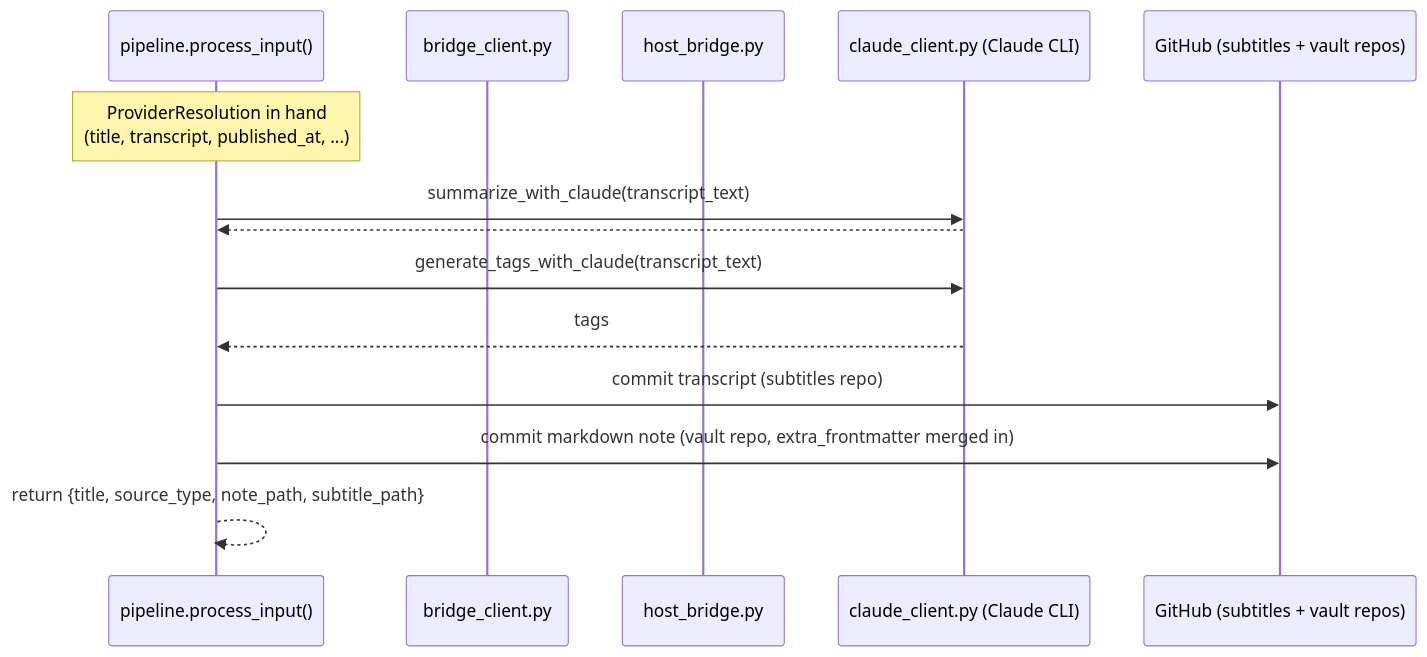
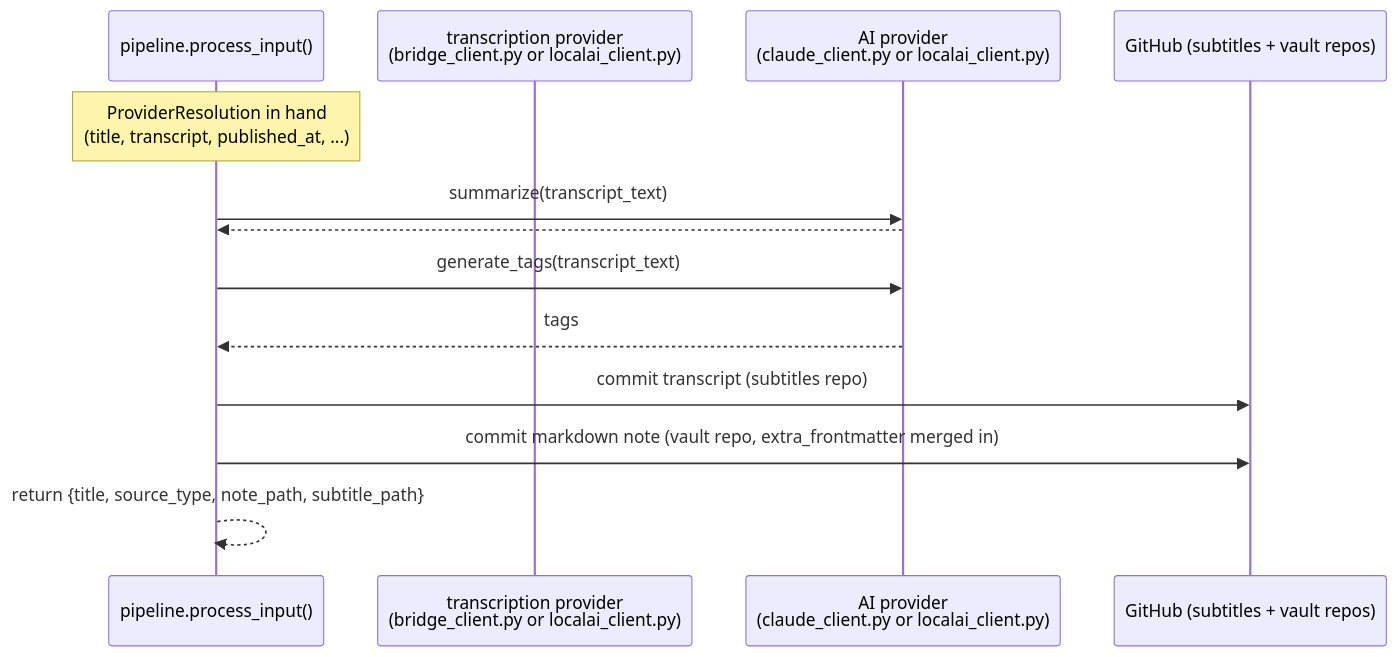
Before and after one commit to s1nack-dev/media-2-obsidian: the sixth of 7 diagrams in docs/architecture.md, drawn with Mermaid. The commit also changed other lines of this file and 3 other files, not shown here.

````diff
--- a/docs/architecture.md
+++ b/docs/architecture.md
@@ -260,17 +264,16 @@
 ```mermaid
 sequenceDiagram
     participant P as pipeline.process_input()
-    participant BC as bridge_client.py
-    participant HB as host_bridge.py
-    participant CC as claude_client.py (Claude CLI)
+    participant TP as transcription provider<br/>(bridge_client.py or localai_client.py)
+    participant AP as AI provider<br/>(claude_client.py or localai_client.py)
     participant GH as GitHub (subtitles + vault repos)
 
     Note over P: ProviderResolution in hand<br/>(title, transcript, published_at, ...)
-    P->>CC: summarize_with_claude(transcript_text)
-    CC-->>P: ## SUMMARY ...
-    P->>CC: generate_tags_with_claude(transcript_text)
-    CC-->>P: tags
+    P->>AP: summarize(transcript_text)
+    AP-->>P: ## SUMMARY ...
+    P->>AP: generate_tags(transcript_text)
+    AP-->>P: tags
     P->>GH: commit transcript (subtitles repo)
     P->>GH: commit markdown note (vault repo, extra_frontmatter merged in)
     P-->>P: return {title, source_type, note_path, subtitle_path}
 ```
````
